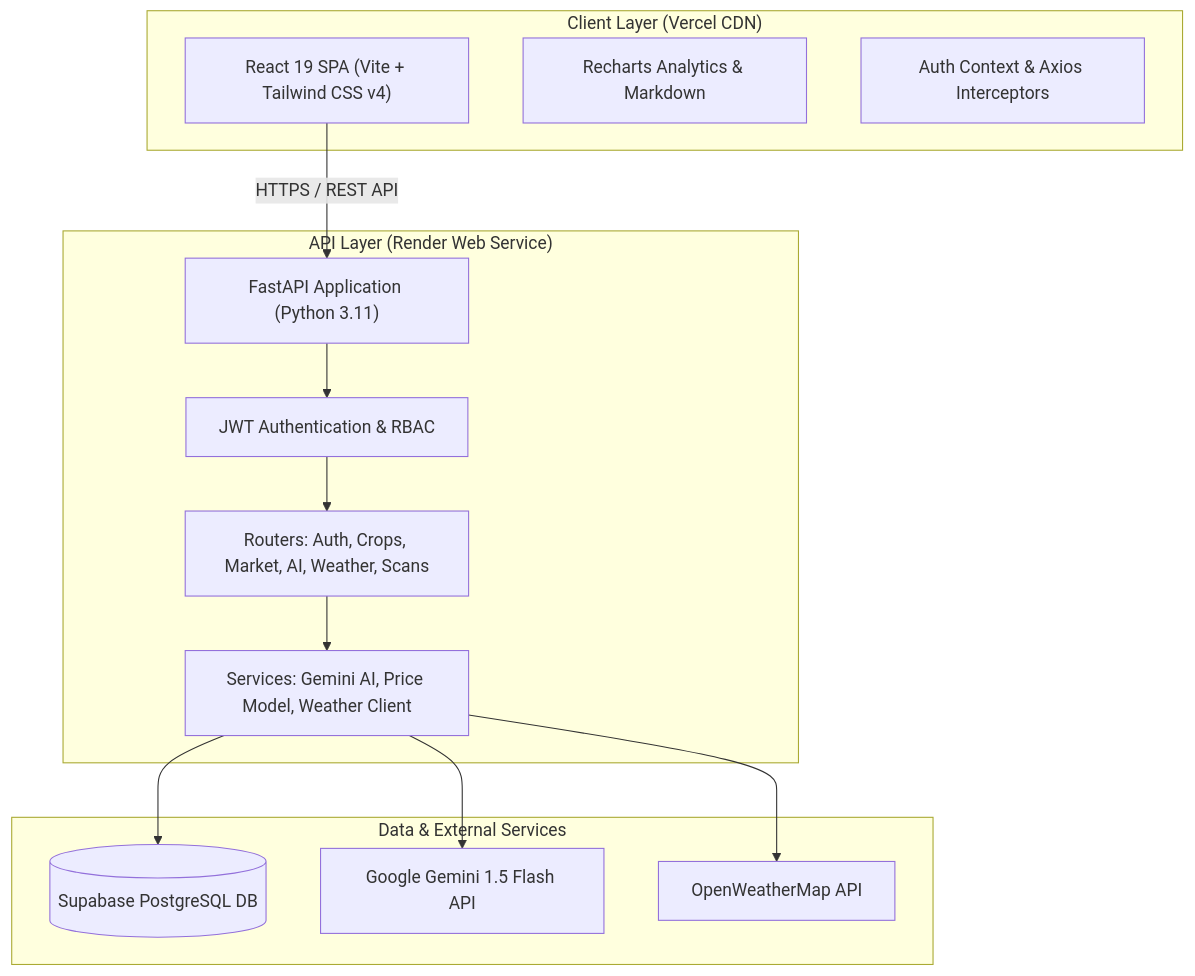
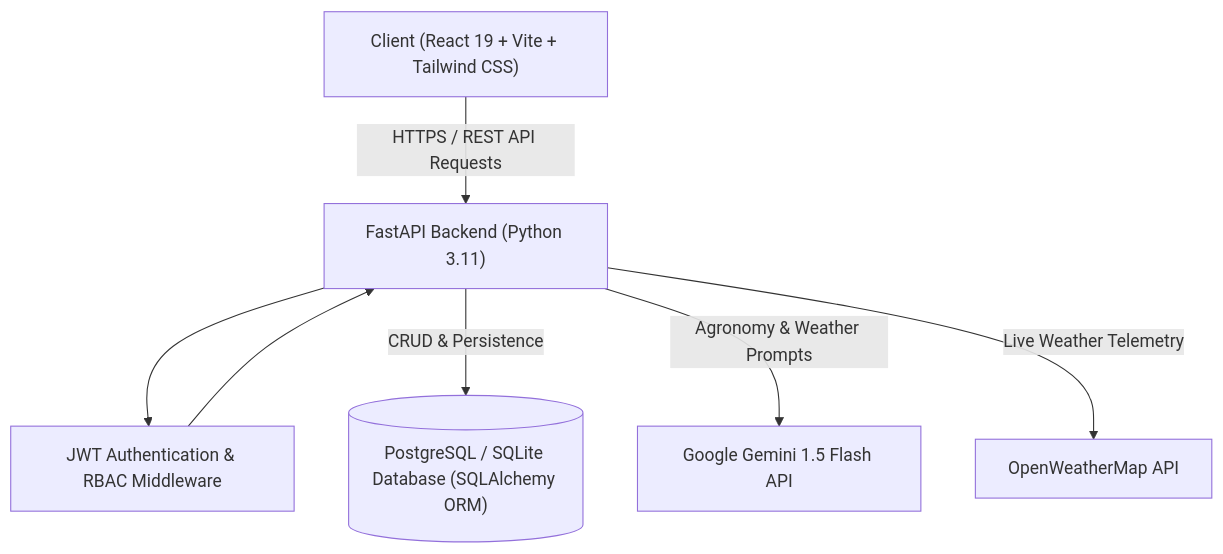
The diagram in README.md (manishachoudhary11/Agriconnect-Ai), drawn with Mermaid before and after one commit. The commit also changed other lines of this file, not shown here.

````diff
--- a/README.md
+++ b/README.md
@@ -86,29 +62,16 @@
 ```mermaid
 graph TD
-    subgraph ClientLayer ["Client Layer (Vercel CDN)"]
-        UI["React 19 SPA (Vite + Tailwind CSS v4)"]
-        Charts["Recharts Analytics & Markdown"]
-        AuthCtx["Auth Context & Axios Interceptors"]
-    end
+    Client["Client (React 19 + Vite + Tailwind CSS)"]
+    API["FastAPI Backend (Python 3.11)"]
+    Auth["JWT Authentication & RBAC Middleware"]
+    DB[("PostgreSQL / SQLite Database (SQLAlchemy ORM)")]
+    Gemini["Google Gemini 1.5 Flash API"]
+    Weather["OpenWeatherMap API"]
 
-    subgraph APILayer ["API Layer (Render Web Service)"]
-        FastAPI["FastAPI Application (Python 3.11)"]
-        AuthMiddleware["JWT Authentication & RBAC"]
-        APIRouters["Routers: Auth, Crops, Market, AI, Weather, Scans"]
-        Services["Services: Gemini AI, Price Model, Weather Client"]
-    end
-
-    subgraph DataLayer ["Data & External Services"]
-        Supabase[("Supabase PostgreSQL DB")]
-        GeminiAPI["Google Gemini 1.5 Flash API"]
-        WeatherAPI["OpenWeatherMap API"]
-    end
-
-    UI -->|HTTPS / REST API| FastAPI
-    FastAPI --> AuthMiddleware
-    AuthMiddleware --> APIRouters
-    APIRouters --> Services
-    Services --> Supabase
-    Services --> GeminiAPI
-    Services --> WeatherAPI
+    Client -->|HTTPS / REST API Requests| API
+    API --> Auth
+    Auth --> API
+    API -->|CRUD & Persistence| DB
+    API -->|Agronomy & Weather Prompts| Gemini
+    API -->|Live Weather Telemetry| Weather
 ```
````
